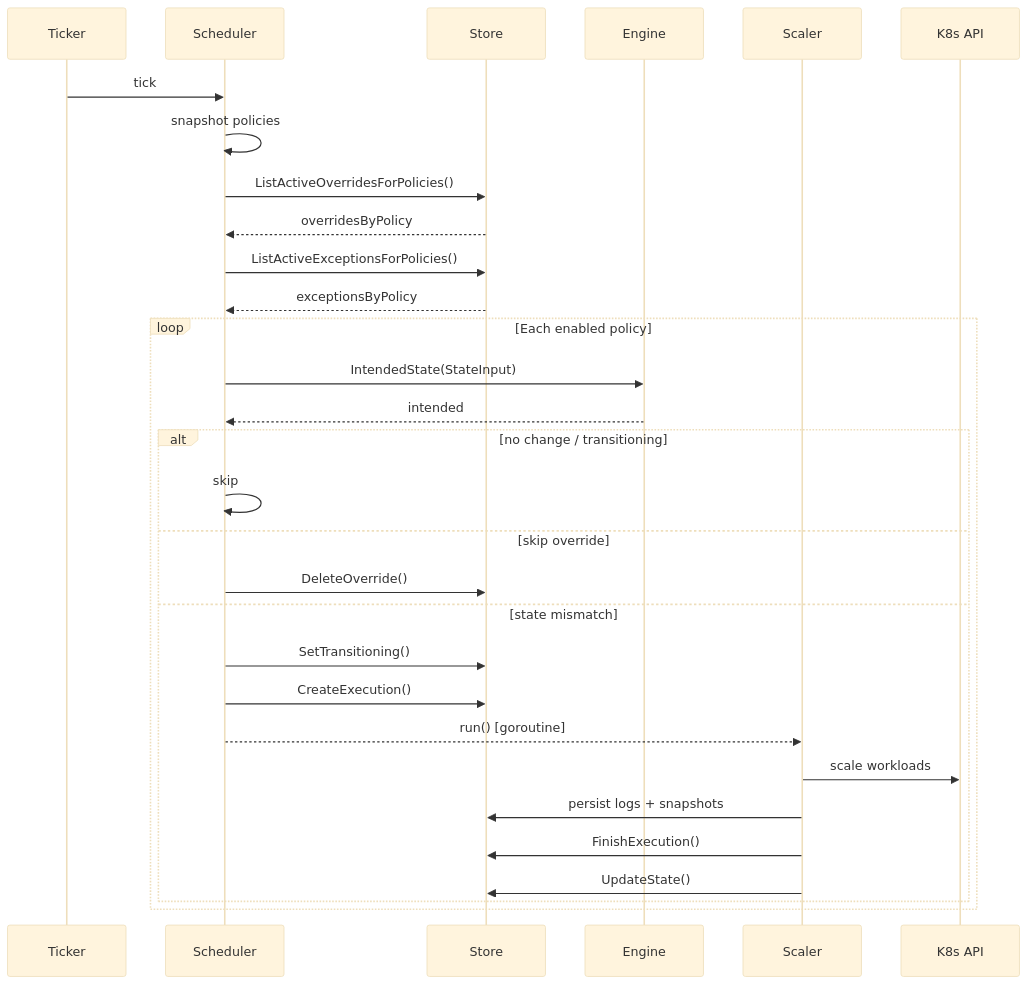
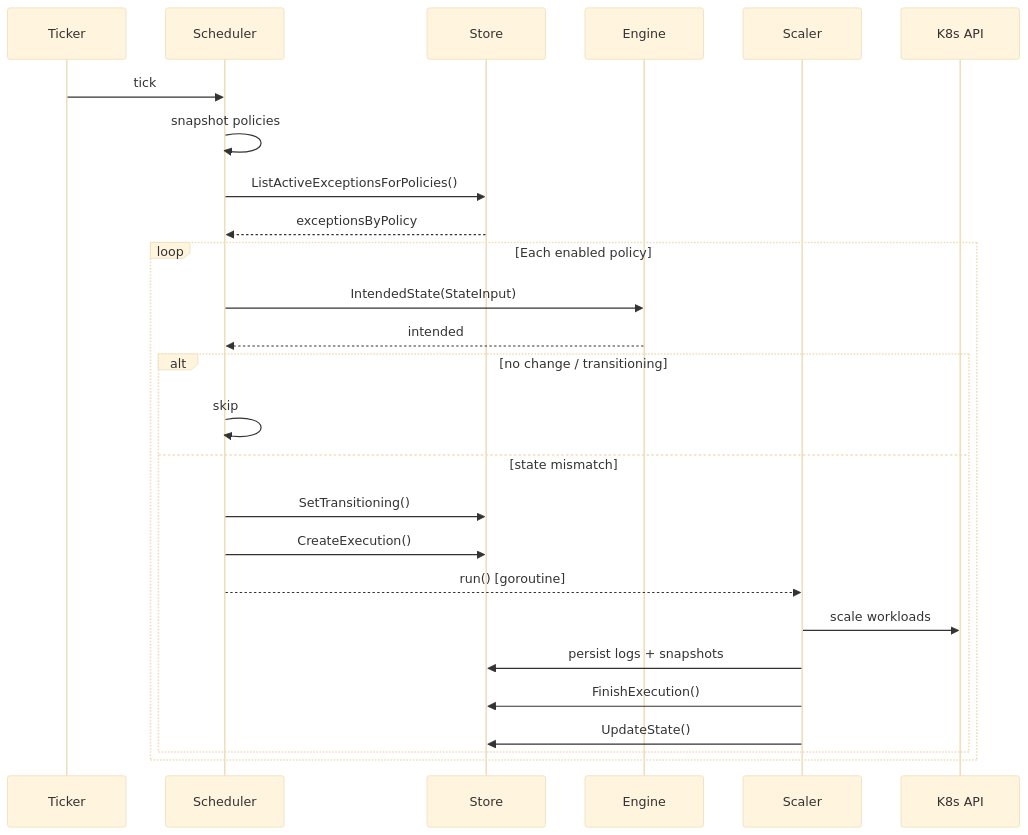
Before and after one commit to MacXsimilian/kube-phoenix: the third of 3 diagrams in docs/window-native-scheduling.md, drawn with Mermaid (base theme). The commit also changed other lines of this file and 7 other files, not shown here.

````diff
--- a/docs/window-native-scheduling.md
+++ b/docs/window-native-scheduling.md
@@ -293,36 +259,32 @@
 ```mermaid
 sequenceDiagram
     participant T as Ticker
     participant PS as Scheduler
     participant DB as Store
     participant E as Engine
     participant S as Scaler
     participant K as K8s API
 
     T->>PS: tick
     PS->>PS: snapshot policies
 
-    PS->>DB: ListActiveOverridesForPolicies()
-    DB-->>PS: overridesByPolicy
     PS->>DB: ListActiveExceptionsForPolicies()
     DB-->>PS: exceptionsByPolicy
 
     loop Each enabled policy
         PS->>E: IntendedState(StateInput)
         E-->>PS: intended
 
         alt no change / transitioning
             PS->>PS: skip
-        else skip override
-            PS->>DB: DeleteOverride()
         else state mismatch
             PS->>DB: SetTransitioning()
             PS->>DB: CreateExecution()
             PS-->>S: run() [goroutine]
             S->>K: scale workloads
             S->>DB: persist logs + snapshots
             S->>DB: FinishExecution()
             S->>DB: UpdateState()
         end
     end
 ```
````
